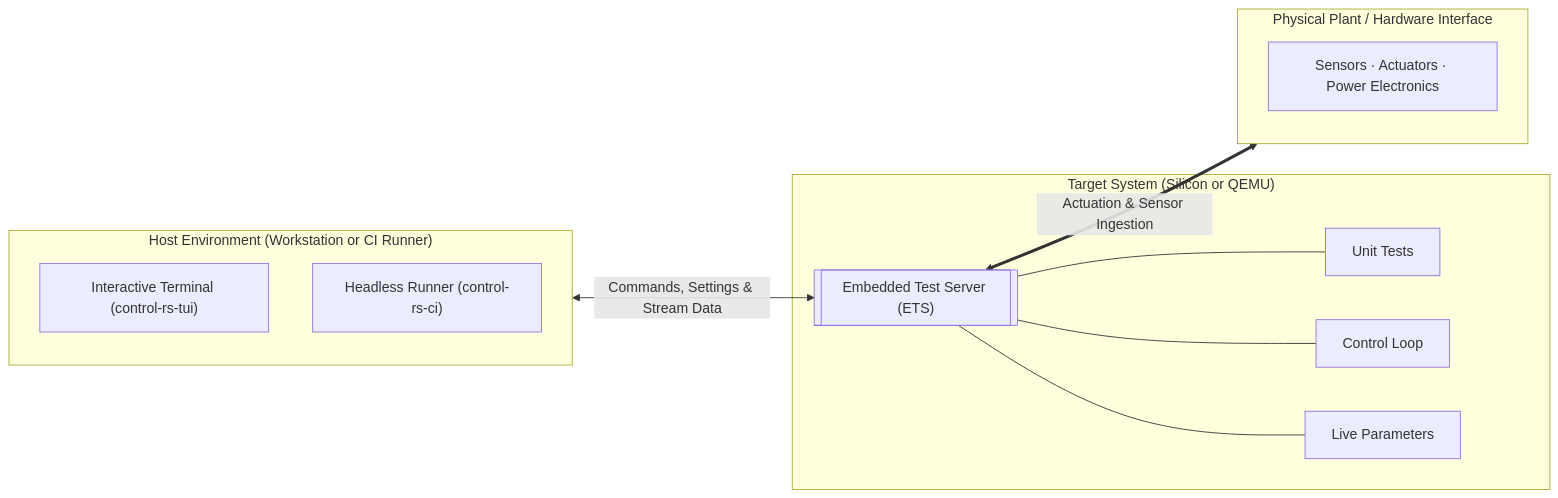
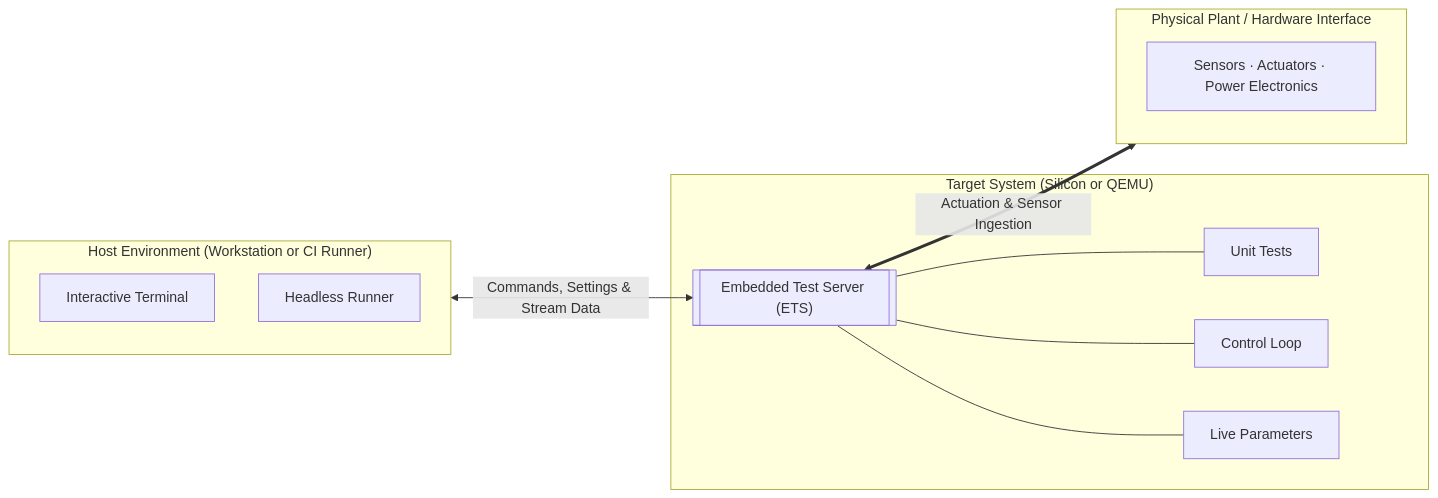
One commit to Dyse-Industries/control-rs changed the first of 8 diagrams in documentation/ets/ConOps.md. Above: the diagram before and after it, drawn with Mermaid. The commit also changed other lines of this file and 4 other files, not shown here.

````diff
--- a/documentation/ets/ConOps.md
+++ b/documentation/ets/ConOps.md
@@ -7,24 +6,24 @@
 ```mermaid
 flowchart LR
     subgraph HOST ["Host Environment (Workstation or CI Runner)"]
-        CONSOLE["Interactive Terminal (control-rs-tui)"]
-        RUNNER["Headless Runner (control-rs-ci)"]
+        CONSOLE["Interactive Terminal"]
+        RUNNER["Headless Runner"]
     end
 
     subgraph TARGET ["Target System (Silicon or QEMU)"]
         ETS[["Embedded Test Server (ETS)"]]
         UT["Unit Tests"]
         LOOP["Control Loop"]
         GAINS["Live Parameters"]
         ETS --- UT
         ETS --- LOOP
         ETS --- GAINS
     end
 
     subgraph PLANT ["Physical Plant / Hardware Interface"]
         HW["Sensors · Actuators · Power Electronics"]
     end
 
     HOST <-->|" Commands, Settings & Stream Data "| ETS
     ETS <==>|" Actuation & Sensor Ingestion "| PLANT
 ```
````
